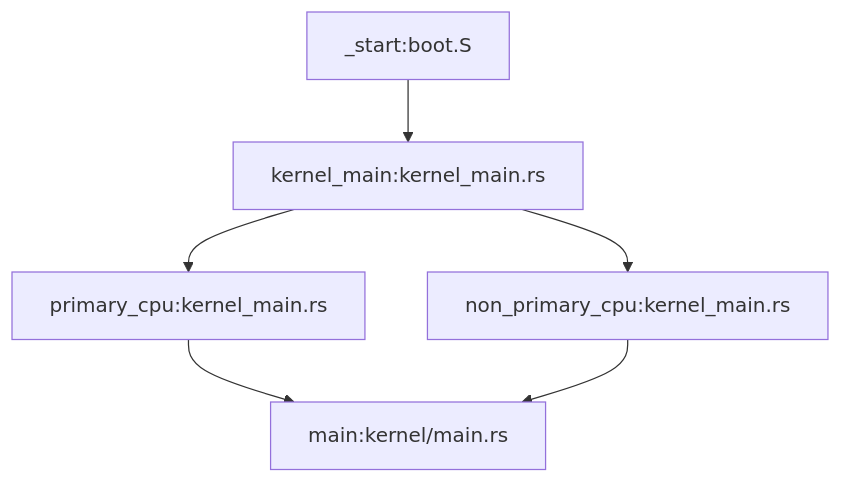
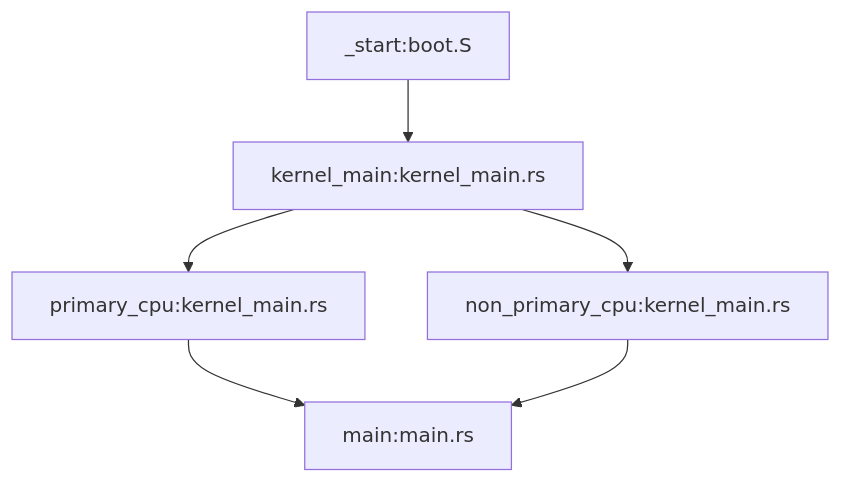
Before and after one commit to tier4/awkernel: the third of 5 diagrams in mdbook/src/internal/boot.md, drawn with Mermaid. The commit also changed other lines of this file and 4 other files, not shown here.

````diff
--- a/mdbook/src/internal/boot.md
+++ b/mdbook/src/internal/boot.md
@@ -54,8 +56,8 @@
 ```mermaid
 graph TD;
     _start:boot.S-->kernel_main:kernel_main.rs;
     kernel_main:kernel_main.rs-->primary_cpu:kernel_main.rs;
     kernel_main:kernel_main.rs-->non_primary_cpu:kernel_main.rs;
-    primary_cpu:kernel_main.rs-->main:kernel/main.rs;
-    non_primary_cpu:kernel_main.rs-->main:kernel/main.rs;
+    primary_cpu:kernel_main.rs-->main:main.rs;
+    non_primary_cpu:kernel_main.rs-->main:main.rs;
 ```
````
